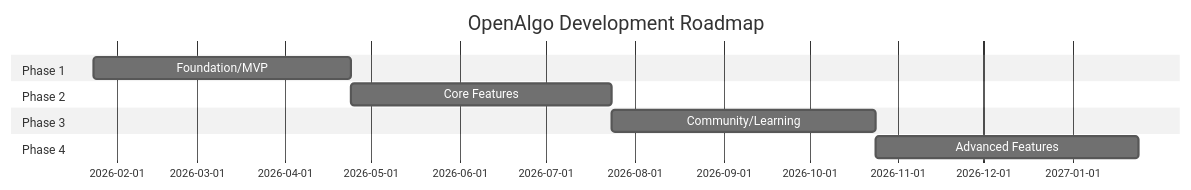
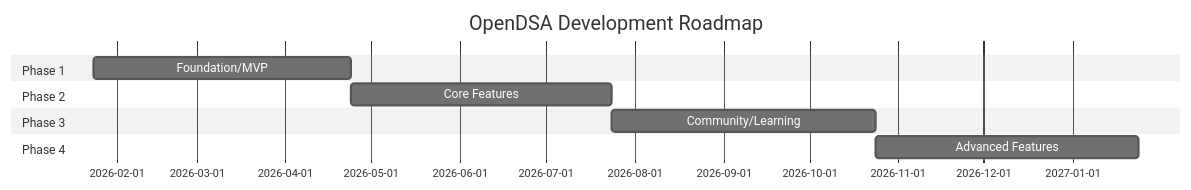
Before and after one commit to ivxndavid/opendsa: the diagram in apps/docs/internal/OPENALGO_ROADMAP.md, drawn with Mermaid (neutral theme). The commit also changed other lines of this file and 14 other files, not shown here.

````diff
--- a/apps/docs/internal/OPENALGO_ROADMAP.md
+++ b/apps/docs/internal/OPENALGO_ROADMAP.md
@@ -31,17 +31,17 @@
 ```mermaid
 gantt
-    title OpenAlgo Development Roadmap
+    title OpenDSA Development Roadmap
     dateFormat YYYY-MM
     
     section Phase 1
     Foundation/MVP           :p1, 2026-01-24, 3M
     
     section Phase 2
     Core Features            :p2, after p1, 3M
     
     section Phase 3
     Community/Learning       :p3, after p2, 3M
     
     section Phase 4
     Advanced Features        :p4, after p3, 3M
 ```
````
